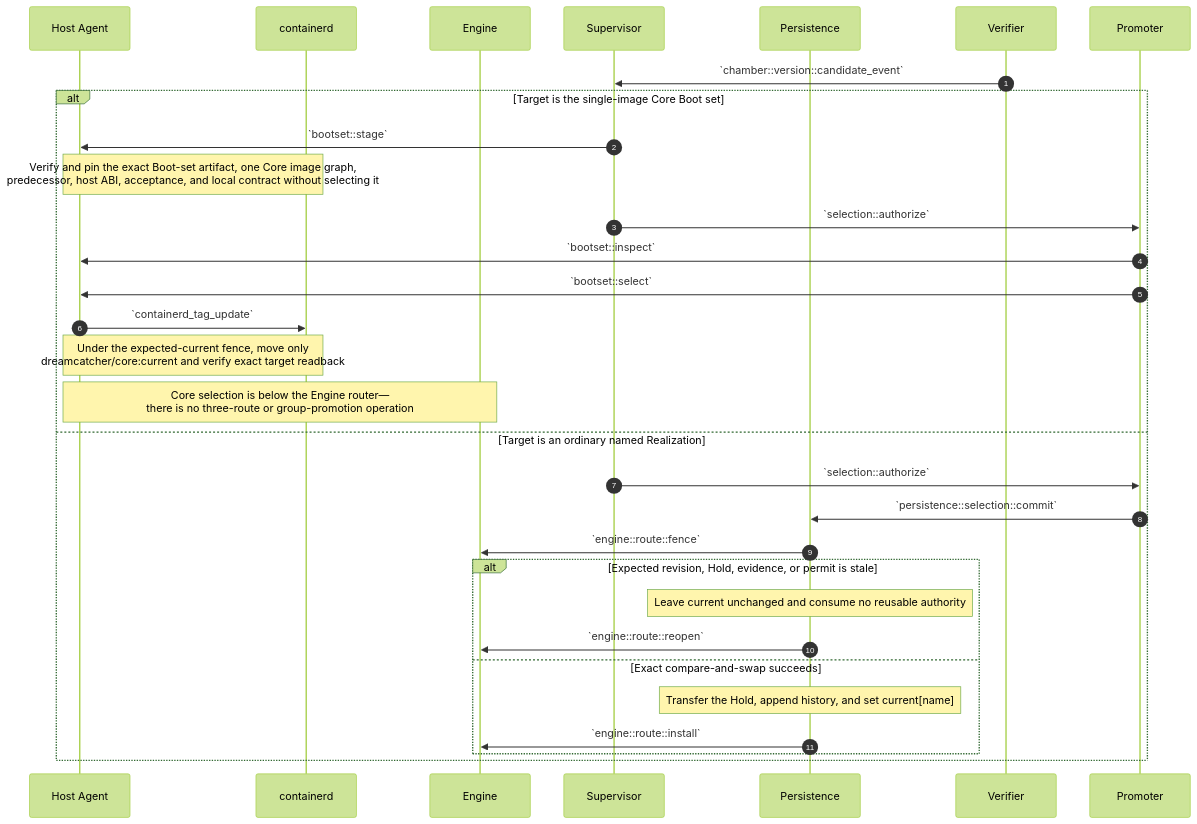
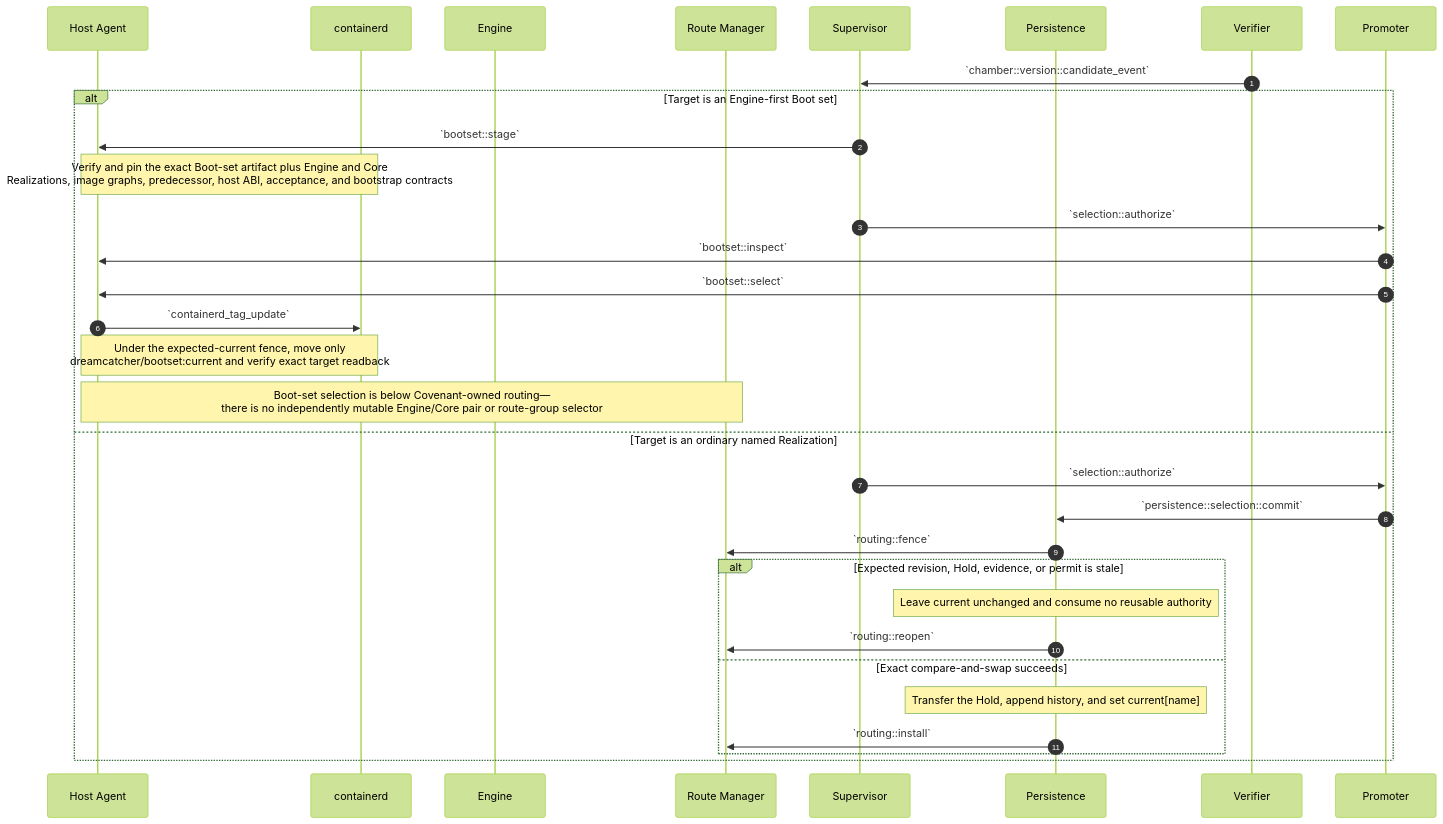
Diagram 12 of 15 in source/chambers-lifecycle-sequences.md (dreamcatcher-tech/chambers-lifecycle-explorer), drawn with Mermaid (forest theme) before and after one commit. The commit also changed other lines of this file and 8 other files, not shown here.

Commit message:
docs: publish Engine-first Core Covenant lifecycle

````diff
--- a/source/chambers-lifecycle-sequences.md
+++ b/source/chambers-lifecycle-sequences.md
@@ -1072,34 +1143,35 @@
 ```mermaid
 sequenceDiagram
     autonumber
     participant HostAgent as Host Agent
     participant containerd
     participant Engine
+    participant RouteManager as Route Manager
     participant Supervisor
     participant Persistence
     participant Verifier
     participant Promoter
 
     Verifier->>Supervisor: `chamber::version::candidate_event`
-    alt Target is the single-image Core Boot set
+    alt Target is an Engine-first Boot set
         Supervisor->>HostAgent: `bootset::stage`
-        Note over HostAgent,containerd: Verify and pin the exact Boot-set artifact, one Core image graph,<br/>predecessor, host ABI, acceptance, and local contract without selecting it
+        Note over HostAgent,containerd: Verify and pin the exact Boot-set artifact plus Engine and Core<br/>Realizations, image graphs, predecessor, host ABI, acceptance, and bootstrap contracts
         Supervisor->>Promoter: `selection::authorize`
         Promoter->>HostAgent: `bootset::inspect`
         Promoter->>HostAgent: `bootset::select`
         HostAgent->>containerd: `containerd_tag_update`
-        Note over HostAgent,containerd: Under the expected-current fence, move only<br/>dreamcatcher/core:current and verify exact target readback
-        Note over HostAgent,Engine: Core selection is below the Engine router—<br/>there is no three-route or group-promotion operation
+        Note over HostAgent,containerd: Under the expected-current fence, move only<br/>dreamcatcher/bootset:current and verify exact target readback
+        Note over HostAgent,RouteManager: Boot-set selection is below Covenant-owned routing—<br/>there is no independently mutable Engine/Core pair or route-group selector
     else Target is an ordinary named Realization
         Supervisor->>Promoter: `selection::authorize`
         Promoter->>Persistence: `persistence::selection::commit`
-        Persistence->>Engine: `engine::route::fence`
+        Persistence->>RouteManager: `routing::fence`
         alt Expected revision, Hold, evidence, or permit is stale
             Note over Persistence: Leave current unchanged and consume no reusable authority
-            Persistence->>Engine: `engine::route::reopen`
+            Persistence->>RouteManager: `routing::reopen`
         else Exact compare-and-swap succeeds
             Note over Persistence: Transfer the Hold, append history, and set current[name]
-            Persistence->>Engine: `engine::route::install`
+            Persistence->>RouteManager: `routing::install`
         end
     end
 ```
````
